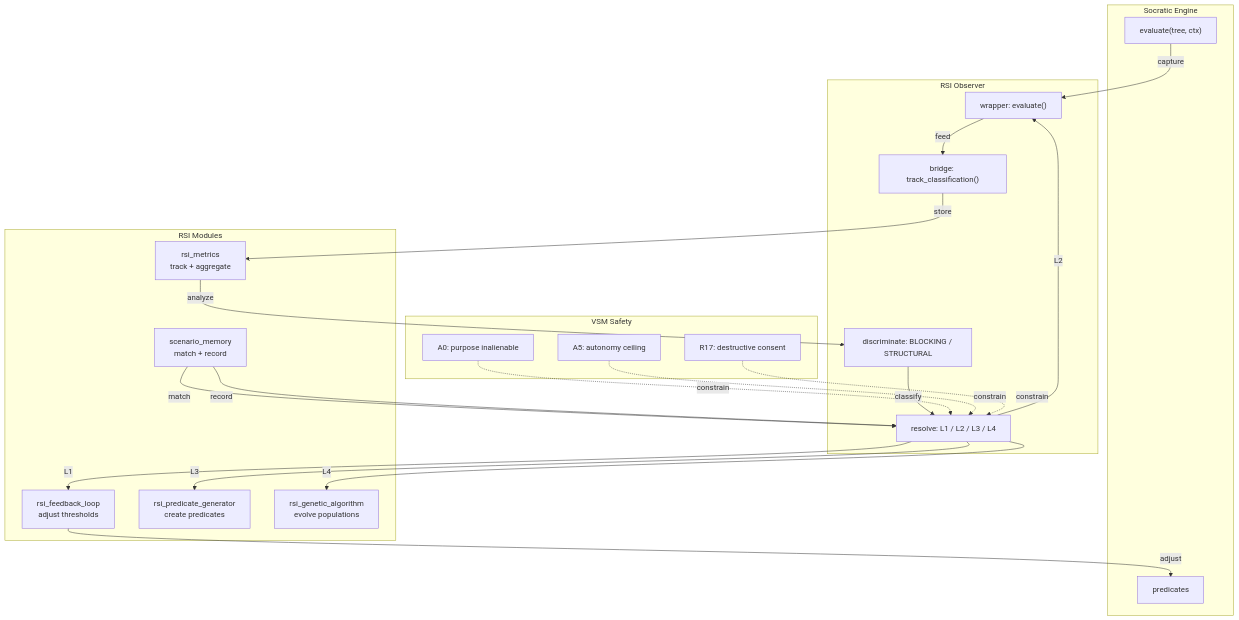
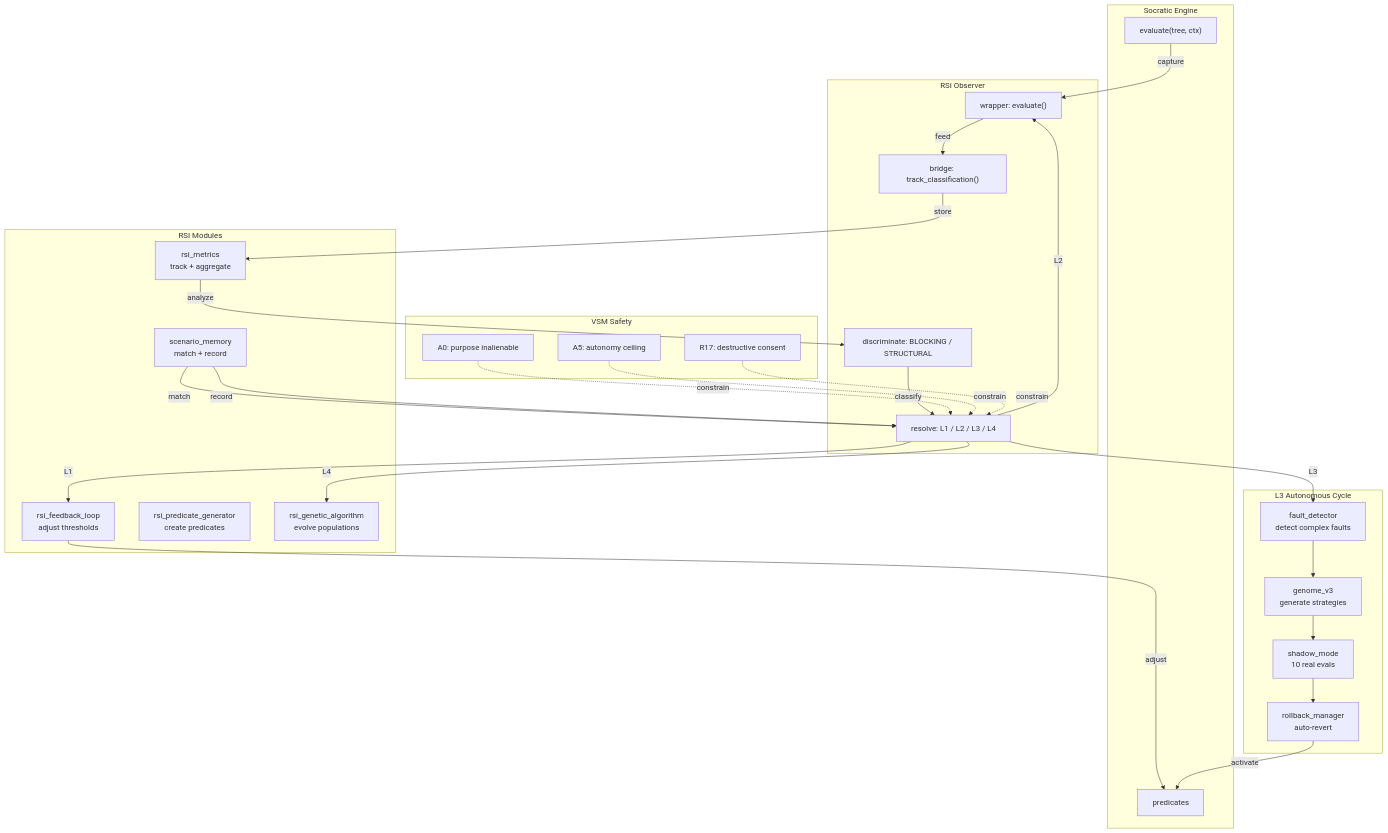
One commit to rm-w3kufe/vsf-rsi changed the third of 5 diagrams in README.md. Above: the diagram before and after it, drawn with Mermaid. The commit also changed other lines of this file and 10 other files, not shown here.

First line of the commit message:
docs(README): comprehensive audit — update L3 autonomous cycle, component list, architecture, CLI, safety model

````diff
--- a/README.md
+++ b/README.md
@@ -231,44 +279,53 @@
 ```mermaid
 flowchart TD
     subgraph SocraticEngine["Socratic Engine"]
         SE["evaluate(tree, ctx)"]
         PD["predicates"]
     end
     
     subgraph RSIObserver["RSI Observer"]
         OB["wrapper: evaluate()"]
         BR["bridge: track_classification()"]
         DI["discriminate: BLOCKING / STRUCTURAL"]
         RE["resolve: L1 / L2 / L3 / L4"]
     end
     
+    subgraph L3Cycle["L3 Autonomous Cycle"]
+        FD["fault_detector<br/>detect complex faults"]
+        G3["genome_v3<br/>generate strategies"]
+        SM["shadow_mode<br/>10 real evals"]
+        RB["rollback_manager<br/>auto-revert"]
+        FD --> G3 --> SM --> RB
+    end
+    
     subgraph RSIModules["RSI Modules"]
         MET["rsi_metrics<br/>track + aggregate"]
         FL["rsi_feedback_loop<br/>adjust thresholds"]
-        SM["scenario_memory<br/>match + record"]
+        SC["scenario_memory<br/>match + record"]
         PG["rsi_predicate_generator<br/>create predicates"]
         GA["rsi_genetic_algorithm<br/>evolve populations"]
     end
     
     subgraph VSMConstraints["VSM Safety"]
         A0["A0: purpose inalienable"]
         A5["A5: autonomy ceiling"]
         R17["R17: destructive consent"]
     end
     
     SE -->|"capture"| OB
     OB -->|"feed"| BR
     BR -->|"store"| MET
     MET -->|"analyze"| DI
     DI -->|"classify"| RE
     RE -->|"L1"| FL
     RE -->|"L2"| OB
-    RE -->|"L3"| PG
+    RE -->|"L3"| FD
     RE -->|"L4"| GA
     FL -->|"adjust"| PD
-    SM -->|"match"| RE
-    SM -->|"record"| RE
+    SC -->|"match"| RE
+    SC -->|"record"| RE
+    RB -->|"activate"| PD
     A0 -.->|"constrain"| RE
     A5 -.->|"constrain"| RE
     R17 -.->|"constrain"| RE
 ```
````
